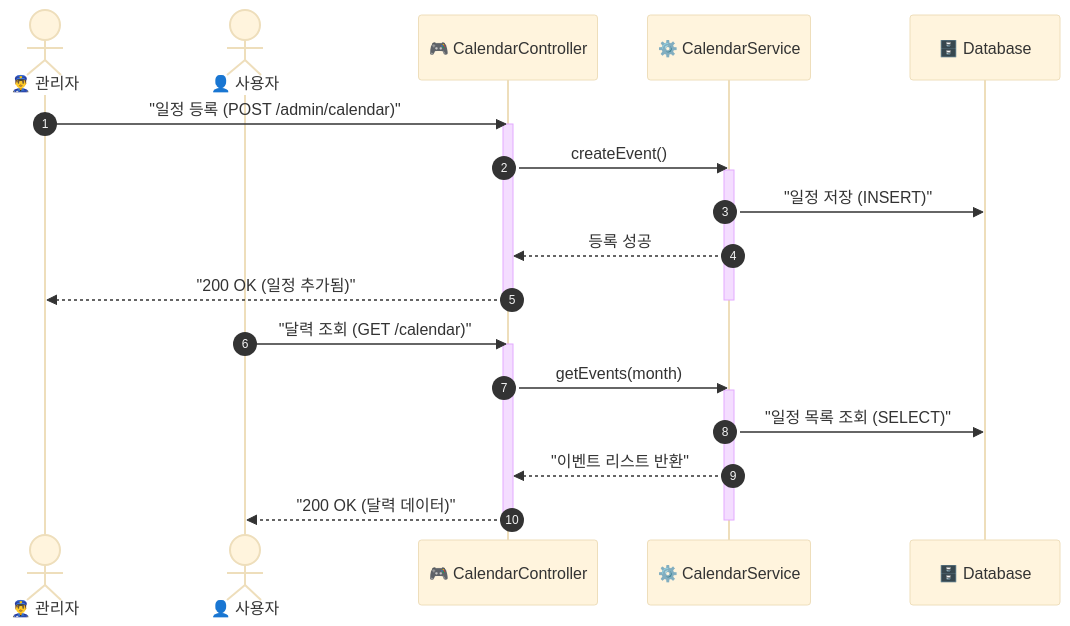
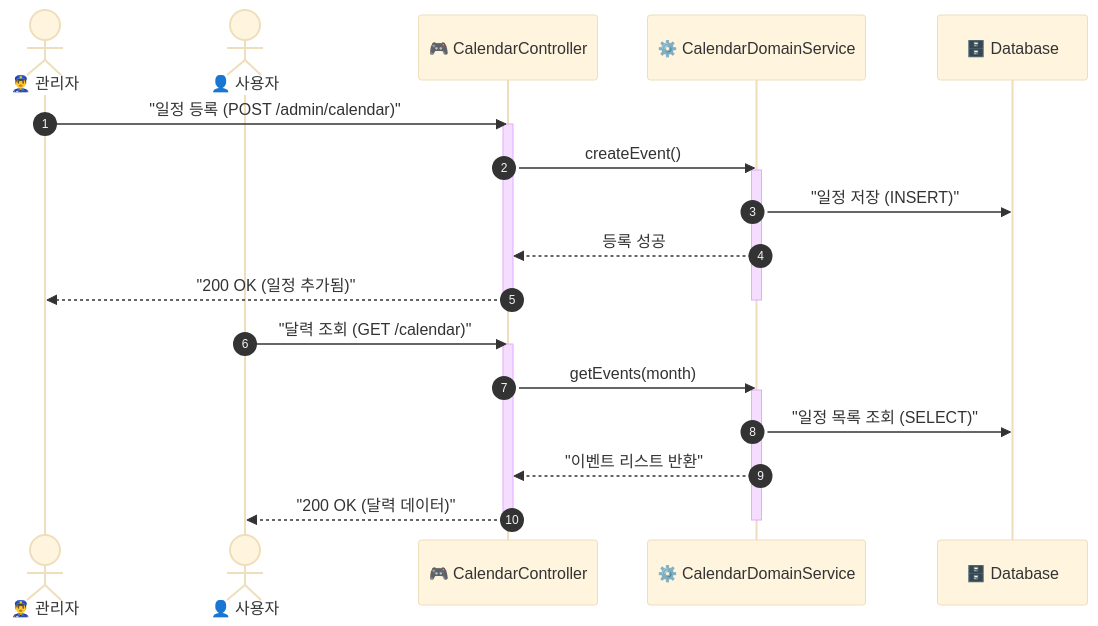
The ninth of 9 diagrams in backend/README.md (farmer0010/ft_transcendence), drawn with Mermaid (base theme) before and after one commit. The commit also changed other lines of this file and 48 other files, not shown here.

First line of the commit message:
refactor: migrate to Hexagonal Architecture (Ports & Adapters)

````diff
--- a/backend/README.md
+++ b/backend/README.md
@@ -573,31 +622,31 @@
 ```mermaid
 sequenceDiagram
     autonumber
     actor Admin as 👮‍♂️ 관리자
     actor User as 👤 사용자
     participant Controller as 🎮 CalendarController
-    participant Service as ⚙️ CalendarService
+    participant Service as ⚙️ CalendarDomainService
     participant DB as 🗄️ Database
 
     %% 관리자 일정 등록
     Admin->>Controller: "일정 등록 (POST /admin/calendar)"
     activate Controller
     Controller->>Service: createEvent()
     activate Service
     Service->>DB: "일정 저장 (INSERT)"
     Service-->>Controller: 등록 성공
     Controller-->>Admin: "200 OK (일정 추가됨)"
     deactivate Service
     deactivate Controller
 
     %% 사용자 일정 조회
     User->>Controller: "달력 조회 (GET /calendar)"
     activate Controller
     Controller->>Service: getEvents(month)
     activate Service
     Service->>DB: "일정 목록 조회 (SELECT)"
     Service-->>Controller: "이벤트 리스트 반환"
     Controller-->>User: "200 OK (달력 데이터)"
     deactivate Service
     deactivate Controller
 ```
````
